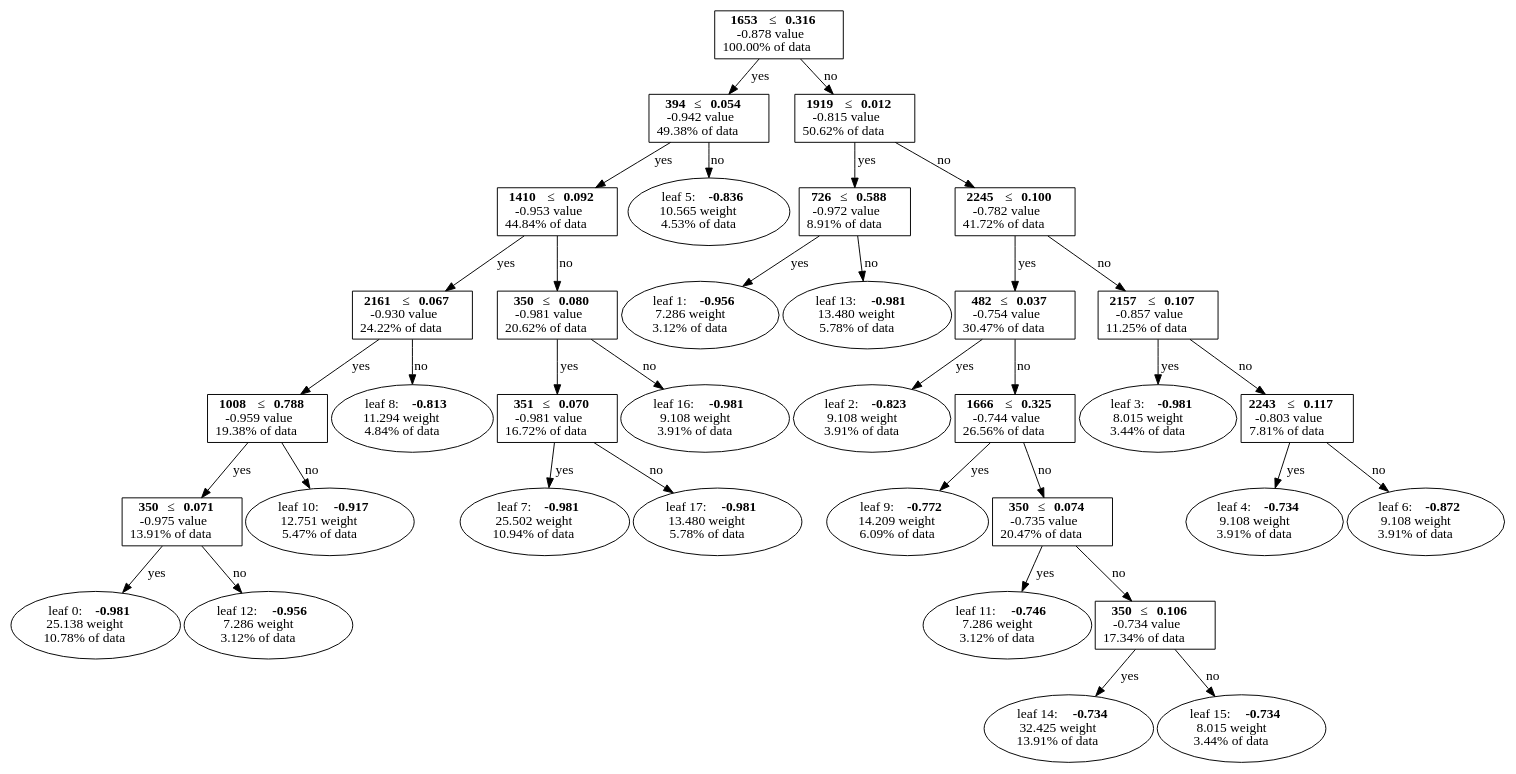
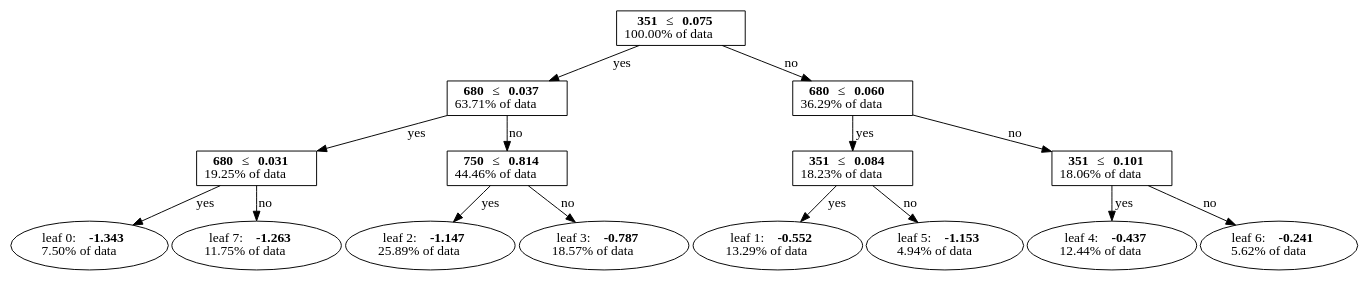
One commit to reubenbuss/Level_4_Project changed the diagram in LightGBM/Digraph.gv. Above: the diagram before and after it, drawn with Graphviz. The commit also changed 26 other files, not shown here.

```diff
--- a/LightGBM/Digraph.gv
+++ b/LightGBM/Digraph.gv
@@ -1,72 +1,32 @@
 digraph {
 	graph [nodesep=0.05 rankdir=TB ranksep=0.3]
-	split0 [label=<<B>1653</B> &#8804;<B>0.316</B><br/>-0.878 value<br/>100.00% of data> fillcolor=white shape=rectangle style=""]
-	split4 [label=<<B>394</B> &#8804;<B>0.054</B><br/>-0.942 value<br/>49.38% of data> fillcolor=white shape=rectangle style=""]
-	split6 [label=<<B>1410</B> &#8804;<B>0.092</B><br/>-0.953 value<br/>44.84% of data> fillcolor=white shape=rectangle style=""]
-	split7 [label=<<B>2161</B> &#8804;<B>0.067</B><br/>-0.930 value<br/>24.22% of data> fillcolor=white shape=rectangle style=""]
-	split9 [label=<<B>1008</B> &#8804;<B>0.788</B><br/>-0.959 value<br/>19.38% of data> fillcolor=white shape=rectangle style=""]
-	split11 [label=<<B>350</B> &#8804;<B>0.071</B><br/>-0.975 value<br/>13.91% of data> fillcolor=white shape=rectangle style=""]
-	leaf0 [label=<leaf 0: <B>-0.981</B><br/>25.138 weight<br/>10.78% of data>]
-	split11 -> leaf0 [label=yes]
-	leaf12 [label=<leaf 12: <B>-0.956</B><br/>7.286 weight<br/>3.12% of data>]
-	split11 -> leaf12 [label=no]
-	split9 -> split11 [label=yes]
-	leaf10 [label=<leaf 10: <B>-0.917</B><br/>12.751 weight<br/>5.47% of data>]
-	split9 -> leaf10 [label=no]
-	split7 -> split9 [label=yes]
-	leaf8 [label=<leaf 8: <B>-0.813</B><br/>11.294 weight<br/>4.84% of data>]
-	split7 -> leaf8 [label=no]
-	split6 -> split7 [label=yes]
-	split15 [label=<<B>350</B> &#8804;<B>0.080</B><br/>-0.981 value<br/>20.62% of data> fillcolor=white shape=rectangle style=""]
-	split16 [label=<<B>351</B> &#8804;<B>0.070</B><br/>-0.981 value<br/>16.72% of data> fillcolor=white shape=rectangle style=""]
-	leaf7 [label=<leaf 7: <B>-0.981</B><br/>25.502 weight<br/>10.94% of data>]
-	split16 -> leaf7 [label=yes]
-	leaf17 [label=<leaf 17: <B>-0.981</B><br/>13.480 weight<br/>5.78% of data>]
-	split16 -> leaf17 [label=no]
-	split15 -> split16 [label=yes]
-	leaf16 [label=<leaf 16: <B>-0.981</B><br/>9.108 weight<br/>3.91% of data>]
-	split15 -> leaf16 [label=no]
-	split6 -> split15 [label=no]
-	split4 -> split6 [label=yes]
-	leaf5 [label=<leaf 5: <B>-0.836</B><br/>10.565 weight<br/>4.53% of data>]
+	split0 [label=<<B>351</B> &#8804;<B>0.075</B><br/>100.00% of data> fillcolor=white shape=rectangle style=""]
+	split1 [label=<<B>680</B> &#8804;<B>0.037</B><br/>63.71% of data> fillcolor=white shape=rectangle style=""]
+	split6 [label=<<B>680</B> &#8804;<B>0.031</B><br/>19.25% of data> fillcolor=white shape=rectangle style=""]
+	leaf0 [label=<leaf 0: <B>-1.343</B><br/>7.50% of data>]
+	split6 -> leaf0 [label=yes]
+	leaf7 [label=<leaf 7: <B>-1.263</B><br/>11.75% of data>]
+	split6 -> leaf7 [label=no]
+	split1 -> split6 [label=yes]
+	split2 [label=<<B>750</B> &#8804;<B>0.814</B><br/>44.46% of data> fillcolor=white shape=rectangle style=""]
+	leaf2 [label=<leaf 2: <B>-1.147</B><br/>25.89% of data>]
+	split2 -> leaf2 [label=yes]
+	leaf3 [label=<leaf 3: <B>-0.787</B><br/>18.57% of data>]
+	split2 -> leaf3 [label=no]
+	split1 -> split2 [label=no]
+	split0 -> split1 [label=yes]
+	split3 [label=<<B>680</B> &#8804;<B>0.060</B><br/>36.29% of data> fillcolor=white shape=rectangle style=""]
+	split4 [label=<<B>351</B> &#8804;<B>0.084</B><br/>18.23% of data> fillcolor=white shape=rectangle style=""]
+	leaf1 [label=<leaf 1: <B>-0.552</B><br/>13.29% of data>]
+	split4 -> leaf1 [label=yes]
+	leaf5 [label=<leaf 5: <B>-1.153</B><br/>4.94% of data>]
 	split4 -> leaf5 [label=no]
-	split0 -> split4 [label=yes]
-	split1 [label=<<B>1919</B> &#8804;<B>0.012</B><br/>-0.815 value<br/>50.62% of data> fillcolor=white shape=rectangle style=""]
-	split12 [label=<<B>726</B> &#8804;<B>0.588</B><br/>-0.972 value<br/>8.91% of data> fillcolor=white shape=rectangle style=""]
-	leaf1 [label=<leaf 1: <B>-0.956</B><br/>7.286 weight<br/>3.12% of data>]
-	split12 -> leaf1 [label=yes]
-	leaf13 [label=<leaf 13: <B>-0.981</B><br/>13.480 weight<br/>5.78% of data>]
-	split12 -> leaf13 [label=no]
-	split1 -> split12 [label=yes]
-	split2 [label=<<B>2245</B> &#8804;<B>0.100</B><br/>-0.782 value<br/>41.72% of data> fillcolor=white shape=rectangle style=""]
-	split8 [label=<<B>482</B> &#8804;<B>0.037</B><br/>-0.754 value<br/>30.47% of data> fillcolor=white shape=rectangle style=""]
-	leaf2 [label=<leaf 2: <B>-0.823</B><br/>9.108 weight<br/>3.91% of data>]
-	split8 -> leaf2 [label=yes]
-	split10 [label=<<B>1666</B> &#8804;<B>0.325</B><br/>-0.744 value<br/>26.56% of data> fillcolor=white shape=rectangle style=""]
-	leaf9 [label=<leaf 9: <B>-0.772</B><br/>14.209 weight<br/>6.09% of data>]
-	split10 -> leaf9 [label=yes]
-	split13 [label=<<B>350</B> &#8804;<B>0.074</B><br/>-0.735 value<br/>20.47% of data> fillcolor=white shape=rectangle style=""]
-	leaf11 [label=<leaf 11: <B>-0.746</B><br/>7.286 weight<br/>3.12% of data>]
-	split13 -> leaf11 [label=yes]
-	split14 [label=<<B>350</B> &#8804;<B>0.106</B><br/>-0.734 value<br/>17.34% of data> fillcolor=white shape=rectangle style=""]
-	leaf14 [label=<leaf 14: <B>-0.734</B><br/>32.425 weight<br/>13.91% of data>]
-	split14 -> leaf14 [label=yes]
-	leaf15 [label=<leaf 15: <B>-0.734</B><br/>8.015 weight<br/>3.44% of data>]
-	split14 -> leaf15 [label=no]
-	split13 -> split14 [label=no]
-	split10 -> split13 [label=no]
-	split8 -> split10 [label=no]
-	split2 -> split8 [label=yes]
-	split3 [label=<<B>2157</B> &#8804;<B>0.107</B><br/>-0.857 value<br/>11.25% of data> fillcolor=white shape=rectangle style=""]
-	leaf3 [label=<leaf 3: <B>-0.981</B><br/>8.015 weight<br/>3.44% of data>]
-	split3 -> leaf3 [label=yes]
-	split5 [label=<<B>2243</B> &#8804;<B>0.117</B><br/>-0.803 value<br/>7.81% of data> fillcolor=white shape=rectangle style=""]
-	leaf4 [label=<leaf 4: <B>-0.734</B><br/>9.108 weight<br/>3.91% of data>]
+	split3 -> split4 [label=yes]
+	split5 [label=<<B>351</B> &#8804;<B>0.101</B><br/>18.06% of data> fillcolor=white shape=rectangle style=""]
+	leaf4 [label=<leaf 4: <B>-0.437</B><br/>12.44% of data>]
 	split5 -> leaf4 [label=yes]
-	leaf6 [label=<leaf 6: <B>-0.872</B><br/>9.108 weight<br/>3.91% of data>]
+	leaf6 [label=<leaf 6: <B>-0.241</B><br/>5.62% of data>]
 	split5 -> leaf6 [label=no]
 	split3 -> split5 [label=no]
-	split2 -> split3 [label=no]
-	split1 -> split2 [label=no]
-	split0 -> split1 [label=no]
+	split0 -> split3 [label=no]
 }
```
